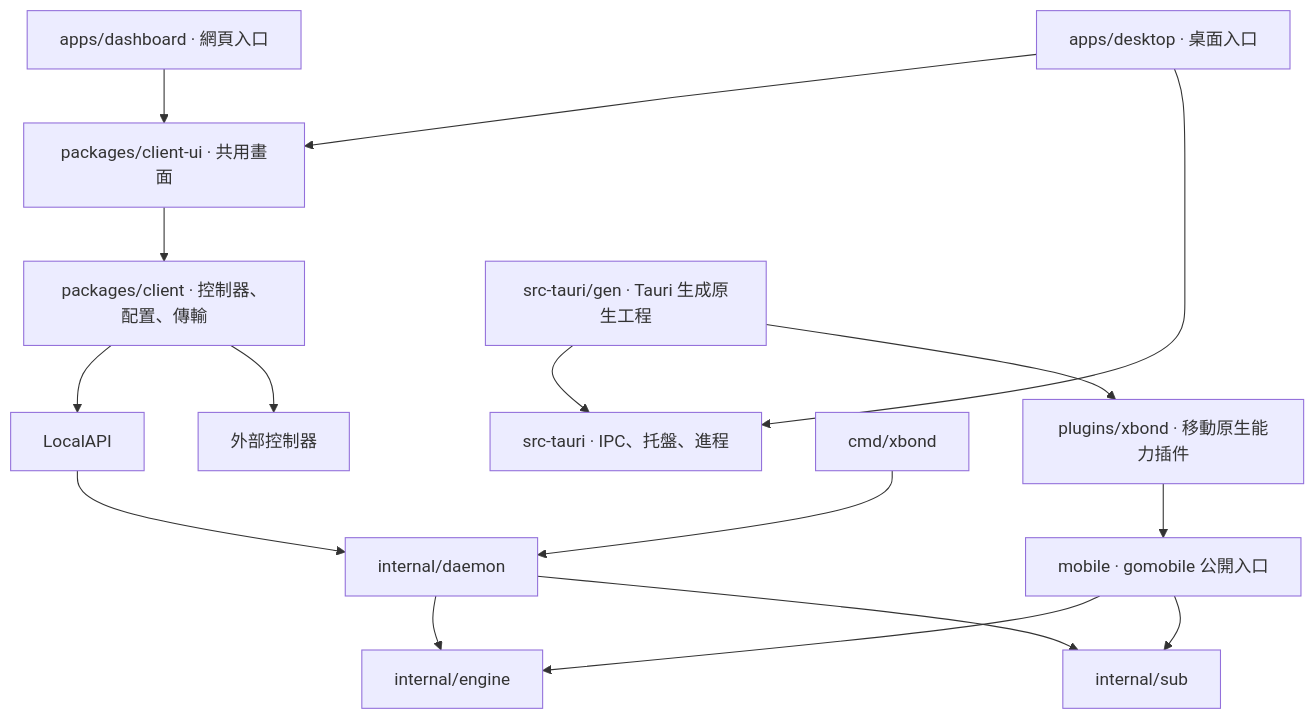
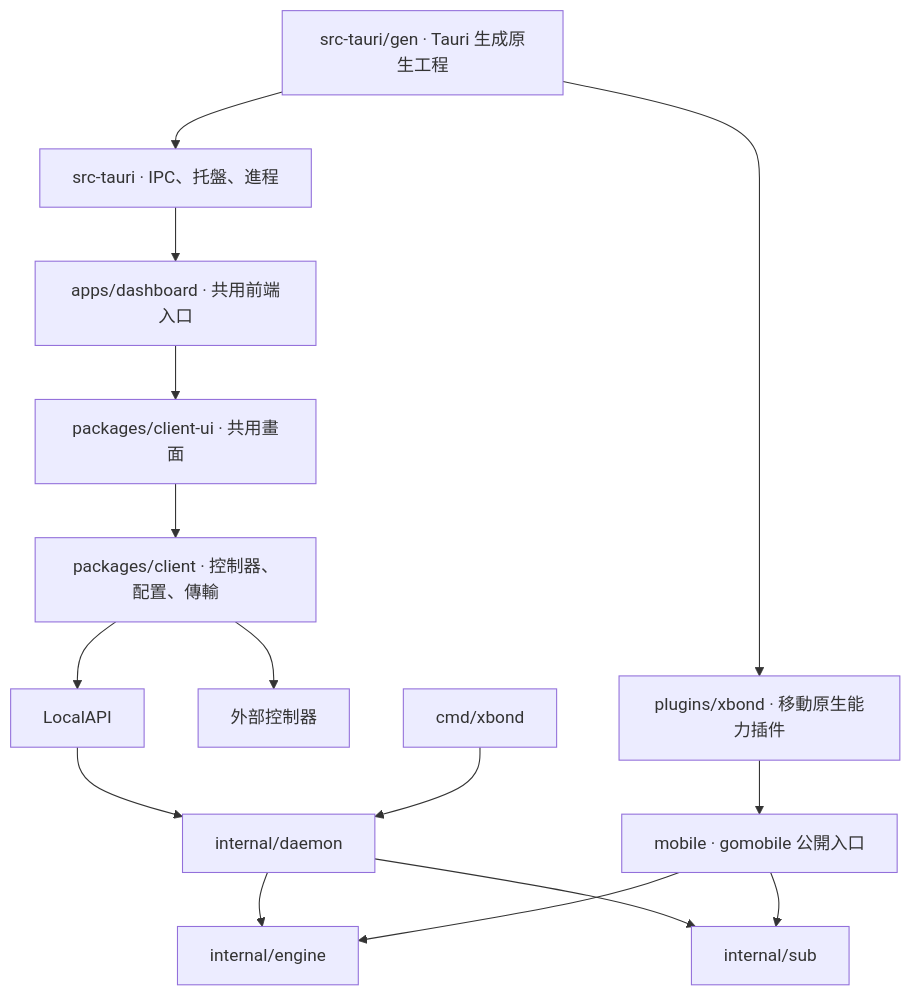
The diagram in docs/architecture/client-system.md (openxbond/xbond), drawn with Mermaid before and after one commit. The commit also changed other lines of this file and 12 other files, not shown here.

````diff
--- a/docs/architecture/client-system.md
+++ b/docs/architecture/client-system.md
@@ -7,18 +7,17 @@
 ```mermaid
 flowchart TD
-  Dashboard["apps/dashboard · 網頁入口"] --> UI["packages/client-ui · 共用畫面"]
-  Desktop["apps/desktop · 桌面入口"] --> UI
+  Dashboard["apps/dashboard · 共用前端入口"] --> UI["packages/client-ui · 共用畫面"]
   UI --> Client["packages/client · 控制器、配置、傳輸"]
-  Desktop --> Tauri["src-tauri · IPC、托盤、進程"]
+  Tauri["src-tauri · IPC、托盤、進程"] --> Dashboard
   Client --> Local["LocalAPI"]
   Client --> Remote["外部控制器"]
   Local --> Daemon["internal/daemon"]
   CLI["cmd/xbond"] --> Daemon
   Daemon --> Engine["internal/engine"]
   Daemon --> Sub["internal/sub"]
   Mobile["src-tauri/gen · Tauri 生成原生工程"] --> Tauri
   Mobile --> Plugin["plugins/xbond · 移動原生能力插件"]
   Plugin --> Binding["mobile · gomobile 公開入口"]
   Binding --> Engine
   Binding --> Sub
 ```
````
